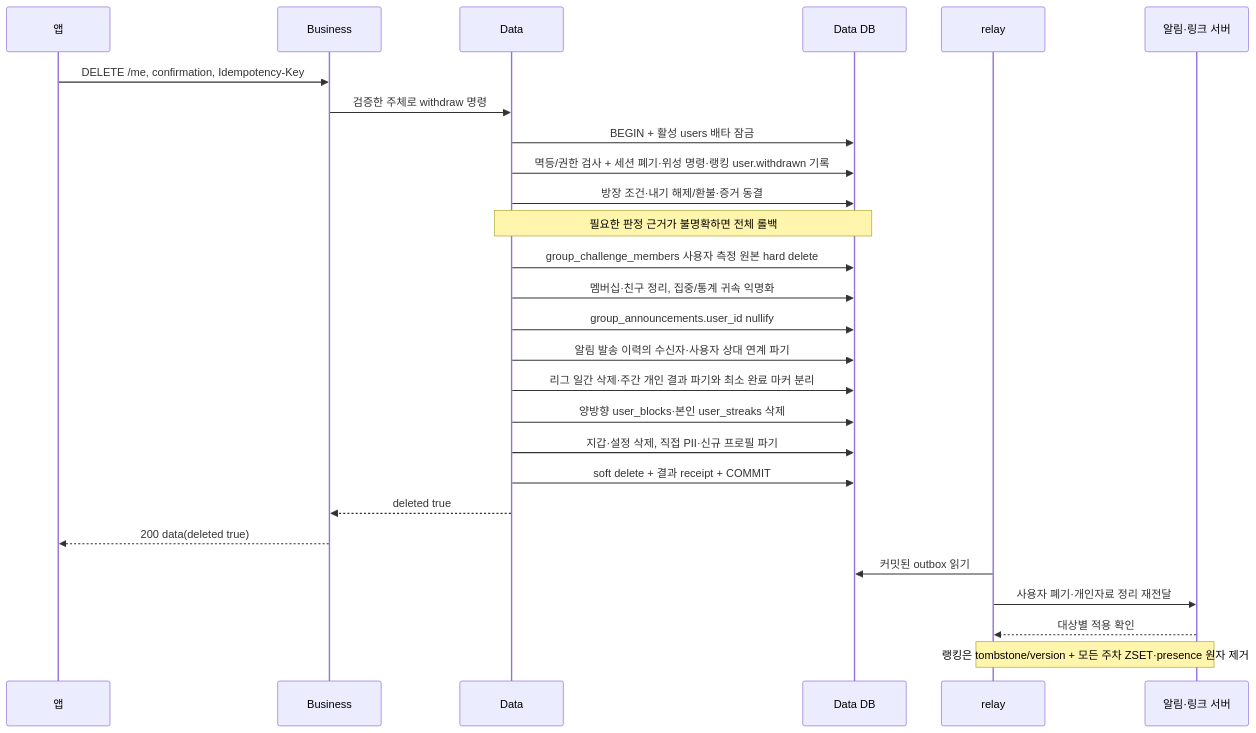
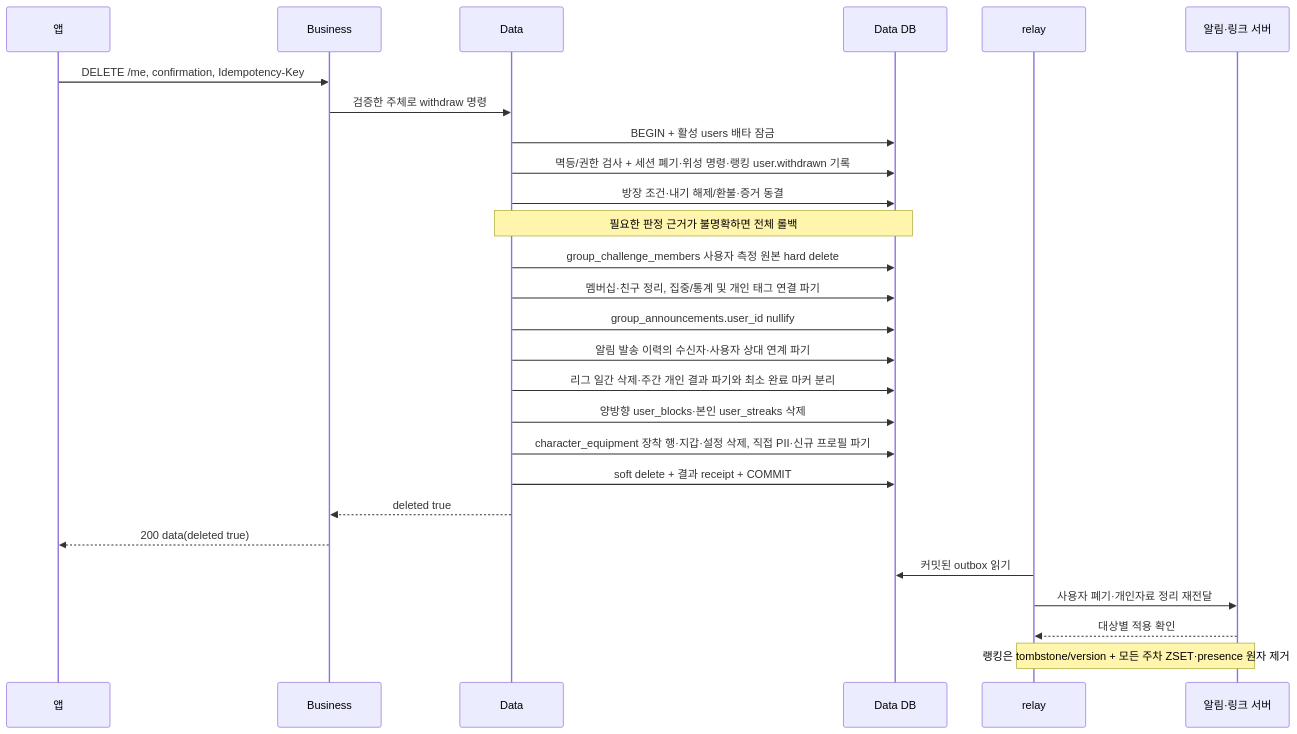
Before and after one commit to OneOrThree/phone: the fourth of 5 diagrams in docs/prd/account/high-level-design.md, drawn with Mermaid. The commit also changed other lines of this file and 4 other files, not shown here.

````diff
--- a/docs/prd/account/high-level-design.md
+++ b/docs/prd/account/high-level-design.md
@@ -103,29 +104,29 @@
 ```mermaid
 sequenceDiagram
     participant A as 앱
     participant B as Business
     participant D as Data
     participant DB as Data DB
     participant R as relay
     participant S as 알림·링크 서버
     A->>B: DELETE /me, confirmation, Idempotency-Key
     B->>D: 검증한 주체로 withdraw 명령
     D->>DB: BEGIN + 활성 users 배타 잠금
     D->>DB: 멱등/권한 검사 + 세션 폐기·위성 명령·랭킹 user.withdrawn 기록
     D->>DB: 방장 조건·내기 해제/환불·증거 동결
     Note over D,DB: 필요한 판정 근거가 불명확하면 전체 롤백
     D->>DB: group_challenge_members 사용자 측정 원본 hard delete
-    D->>DB: 멤버십·친구 정리, 집중/통계 귀속 익명화
+    D->>DB: 멤버십·친구 정리, 집중/통계 및 개인 태그 연결 파기
     D->>DB: group_announcements.user_id nullify
     D->>DB: 알림 발송 이력의 수신자·사용자 상대 연계 파기
     D->>DB: 리그 일간 삭제·주간 개인 결과 파기와 최소 완료 마커 분리
     D->>DB: 양방향 user_blocks·본인 user_streaks 삭제
-    D->>DB: 지갑·설정 삭제, 직접 PII·신규 프로필 파기
+    D->>DB: character_equipment 장착 행·지갑·설정 삭제, 직접 PII·신규 프로필 파기
     D->>DB: soft delete + 결과 receipt + COMMIT
     D-->>B: deleted true
     B-->>A: 200 data(deleted true)
     R->>DB: 커밋된 outbox 읽기
     R->>S: 사용자 폐기·개인자료 정리 재전달
     S-->>R: 대상별 적용 확인
     Note over R,S: 랭킹은 tombstone/version + 모든 주차 ZSET·presence 원자 제거
 ```
````
